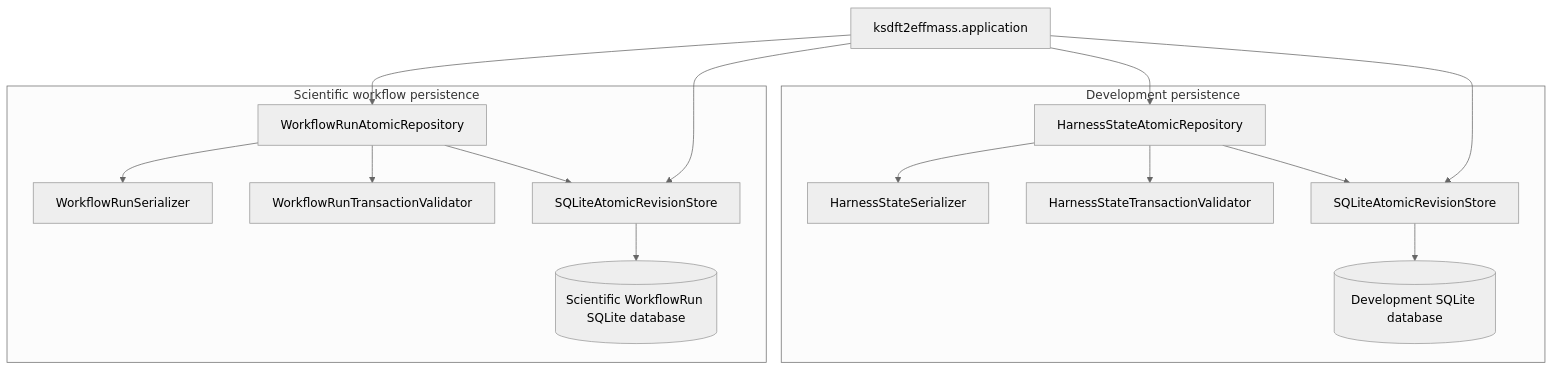
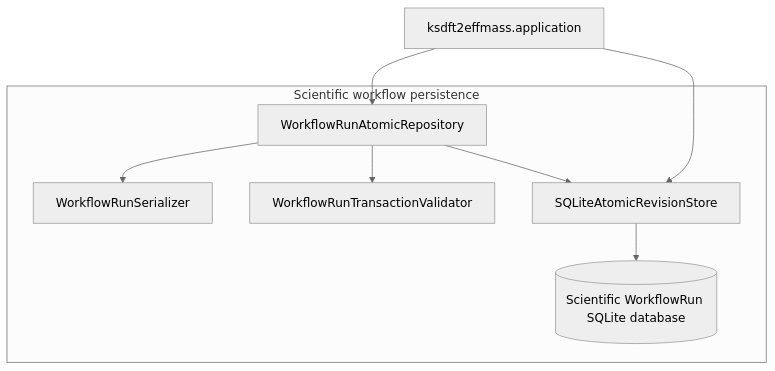
The third of 4 diagrams in docs/architecture/v2/ksdft2effmass/persistence/index.md (eragasa/ksdft2effmass), drawn with Mermaid (neutral theme) before and after one commit. The commit also changed other lines of this file and 1198 other files, not shown here.

Commit message:
refactor: remove repository harness and legacy architecture

````diff
--- a/docs/architecture/v2/ksdft2effmass/persistence/index.md
+++ b/docs/architecture/v2/ksdft2effmass/persistence/index.md
@@ -207,33 +198,19 @@
 ```mermaid
 flowchart TB
     app["ksdft2effmass.application"]
-
-    subgraph DEVELOPMENT["Development persistence"]
-        harness_repo["HarnessStateAtomicRepository"]
-        harness_serializer["HarnessStateSerializer"]
-        harness_validator["HarnessStateTransactionValidator"]
-        harness_store["SQLiteAtomicRevisionStore"]
-        harness_db[("Development SQLite database")]
-        harness_repo --> harness_serializer
-        harness_repo --> harness_validator
-        harness_repo --> harness_store
-        harness_store --> harness_db
-    end
 
     subgraph SCIENTIFIC["Scientific workflow persistence"]
         workflow_repo["WorkflowRunAtomicRepository"]
         workflow_serializer["WorkflowRunSerializer"]
         workflow_validator["WorkflowRunTransactionValidator"]
         workflow_store["SQLiteAtomicRevisionStore"]
         workflow_db[("Scientific WorkflowRun SQLite database")]
         workflow_repo --> workflow_serializer
         workflow_repo --> workflow_validator
         workflow_repo --> workflow_store
         workflow_store --> workflow_db
     end
 
-    app --> harness_repo
-    app --> harness_store
     app --> workflow_repo
     app --> workflow_store
 ```
````
